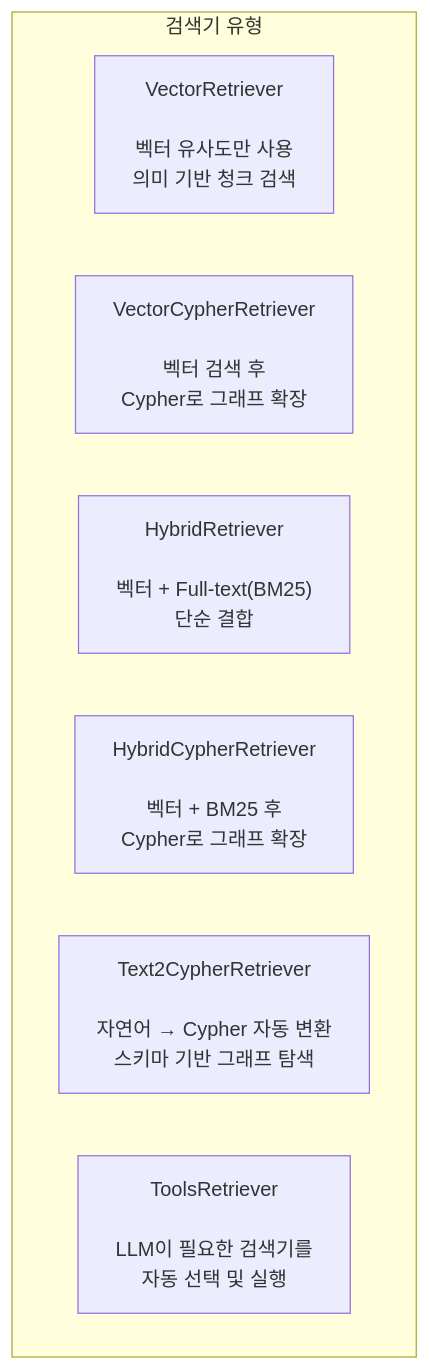
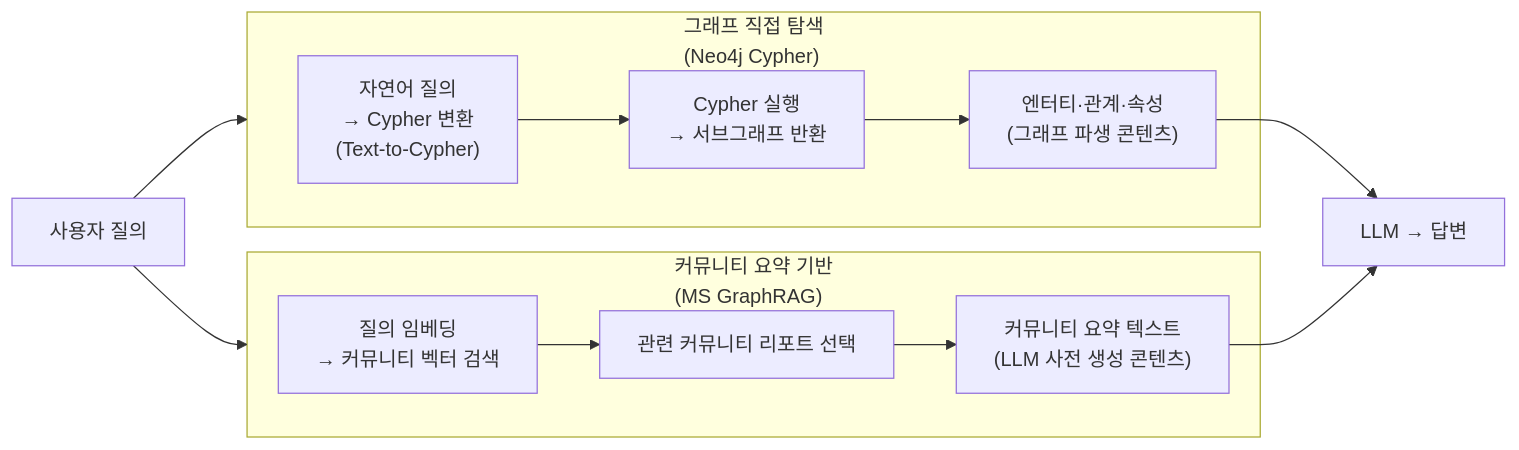
Before and after one commit to k82022603/k82022603.github.io: the seventh of 8 diagrams in _posts/2026-05-11-rag-기술-아키텍처-세미나-‐-(3)-knowledge‐based-graphrag-심화-이해.md, drawn with Mermaid. The commit also changed other lines of this file and 5 other files, not shown here.

````diff
--- a/_posts/2026-05-11-rag-기술-아키텍처-세미나-‐-(3)-knowledge‐based-graphrag-심화-이해.md
+++ b/_posts/2026-05-11-rag-기술-아키텍처-세미나-‐-(3)-knowledge‐based-graphrag-심화-이해.md
@@ -417,11 +440,23 @@
 ```mermaid
-flowchart TD
-    subgraph Retrievers["검색기 유형"]
-        VR["VectorRetriever\n\n벡터 유사도만 사용\n의미 기반 청크 검색"]
-        VCR["VectorCypherRetriever\n\n벡터 검색 후\nCypher로 그래프 확장"]
-        HR["HybridRetriever\n\n벡터 + Full-text(BM25)\n단순 결합"]
-        HCR["HybridCypherRetriever\n\n벡터 + BM25 후\nCypher로 그래프 확장"]
-        T2C["Text2CypherRetriever\n\n자연어 → Cypher 자동 변환\n스키마 기반 그래프 탐색"]
-        TR["ToolsRetriever\n\nLLM이 필요한 검색기를\n자동 선택 및 실행"]
+flowchart LR
+    Q["사용자 질의"]
+
+    subgraph G1["그래프 직접 탐색\n(Neo4j Cypher)"]
+        A1["자연어 질의\n→ Cypher 변환\n(Text-to-Cypher)"]
+        A2["Cypher 실행\n→ 서브그래프 반환"]
+        A3["엔터티·관계·속성\n(그래프 파생 콘텐츠)"]
+        A1 --> A2 --> A3
     end
+
+    subgraph G2["커뮤니티 요약 기반\n(MS GraphRAG)"]
+        B1["질의 임베딩\n→ 커뮤니티 벡터 검색"]
+        B2["관련 커뮤니티 리포트 선택"]
+        B3["커뮤니티 요약 텍스트\n(LLM 사전 생성 콘텐츠)"]
+        B1 --> B2 --> B3
+    end
+
+    Q --> G1
+    Q --> G2
+    A3 --> LLM["LLM → 답변"]
+    B3 --> LLM
 ```
````
